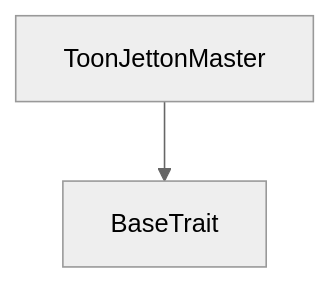
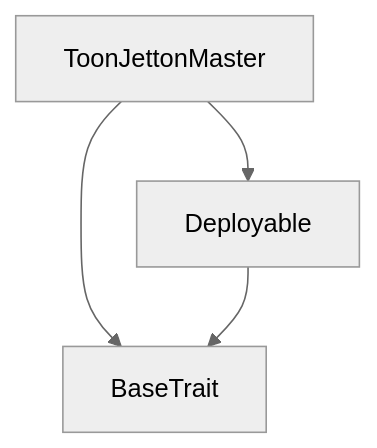
One commit to toonsatoshi/toon-protocol changed the first of 2 diagrams in build/ToonJettonMaster/ToonJettonMaster_ToonJettonMaster.md. Above: the diagram before and after it, drawn with Mermaid (neutral theme). The commit also changed other lines of this file and 72 other files, not shown here.

````diff
--- a/build/ToonJettonMaster/ToonJettonMaster_ToonJettonMaster.md
+++ b/build/ToonJettonMaster/ToonJettonMaster_ToonJettonMaster.md
@@ -166,5 +166,7 @@
 ```mermaid
 graph TD
 ToonJettonMaster
 ToonJettonMaster --> BaseTrait
+ToonJettonMaster --> Deployable
+Deployable --> BaseTrait
 ```
````
